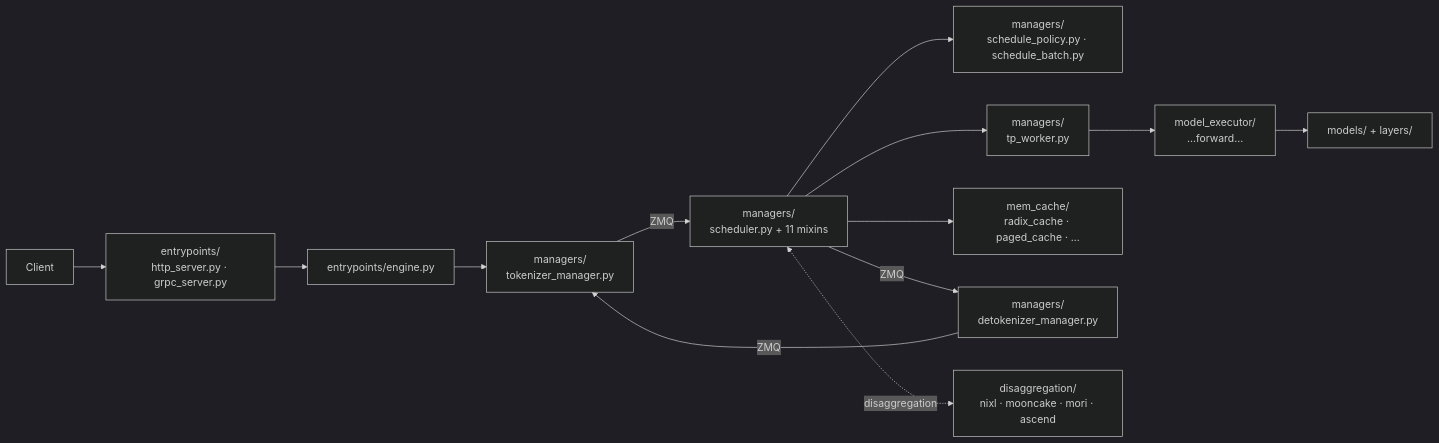
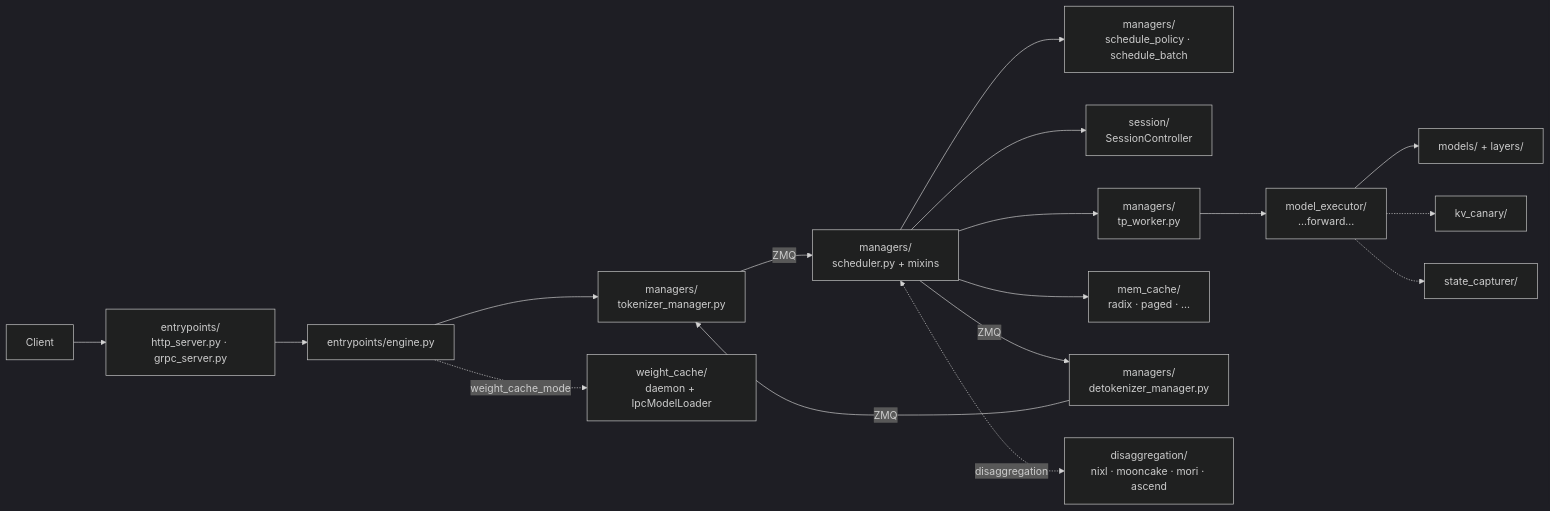
One commit to learning-sketch/wiki changed the diagram in sglang/overview.md. Above: the diagram before and after it, drawn with Mermaid (dark theme). The commit also changed other lines of this file and 8 other files, not shown here.

````diff
--- a/sglang/overview.md
+++ b/sglang/overview.md
@@ -99,15 +114,19 @@
 ```mermaid
 flowchart LR
     Client[Client] --> HTTP["entrypoints/<br/>http_server.py · grpc_server.py"]
     HTTP --> Engine["entrypoints/engine.py"]
     Engine --> TokMgr["managers/<br/>tokenizer_manager.py"]
-    TokMgr -->|ZMQ| Sched["managers/<br/>scheduler.py + 11 mixins"]
-    Sched --> SchedPolicy["managers/<br/>schedule_policy.py · schedule_batch.py"]
+    TokMgr -->|ZMQ| Sched["managers/<br/>scheduler.py + mixins"]
+    Sched --> SchedPolicy["managers/<br/>schedule_policy · schedule_batch"]
+    Sched --> Session["session/<br/>SessionController"]
     Sched --> TPWorker["managers/<br/>tp_worker.py"]
     TPWorker --> ModelExec["model_executor/<br/>...forward..."]
     ModelExec --> Models["models/ + layers/"]
-    Sched --> MemCache["mem_cache/<br/>radix_cache · paged_cache · ..."]
+    ModelExec -.-> Canary["kv_canary/"]
+    ModelExec -.-> Capturer["state_capturer/"]
+    Sched --> MemCache["mem_cache/<br/>radix · paged · ..."]
     Sched -->|ZMQ| DetokMgr["managers/<br/>detokenizer_manager.py"]
     DetokMgr -->|ZMQ| TokMgr
     Sched <-.->|disaggregation| Disag["disaggregation/<br/>nixl · mooncake · mori · ascend"]
+    Engine -.->|weight_cache_mode| WCache["weight_cache/<br/>daemon + IpcModelLoader"]
 ```
````
